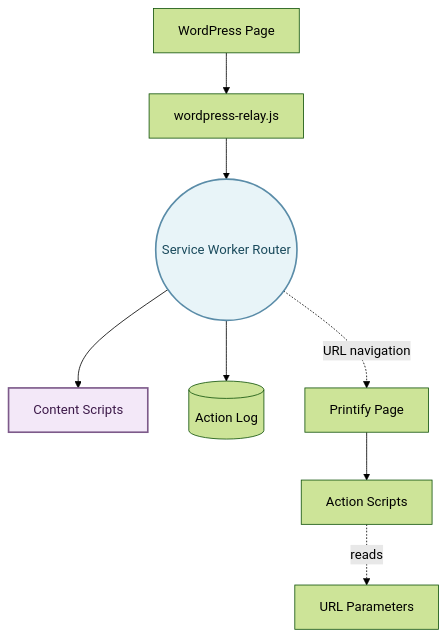
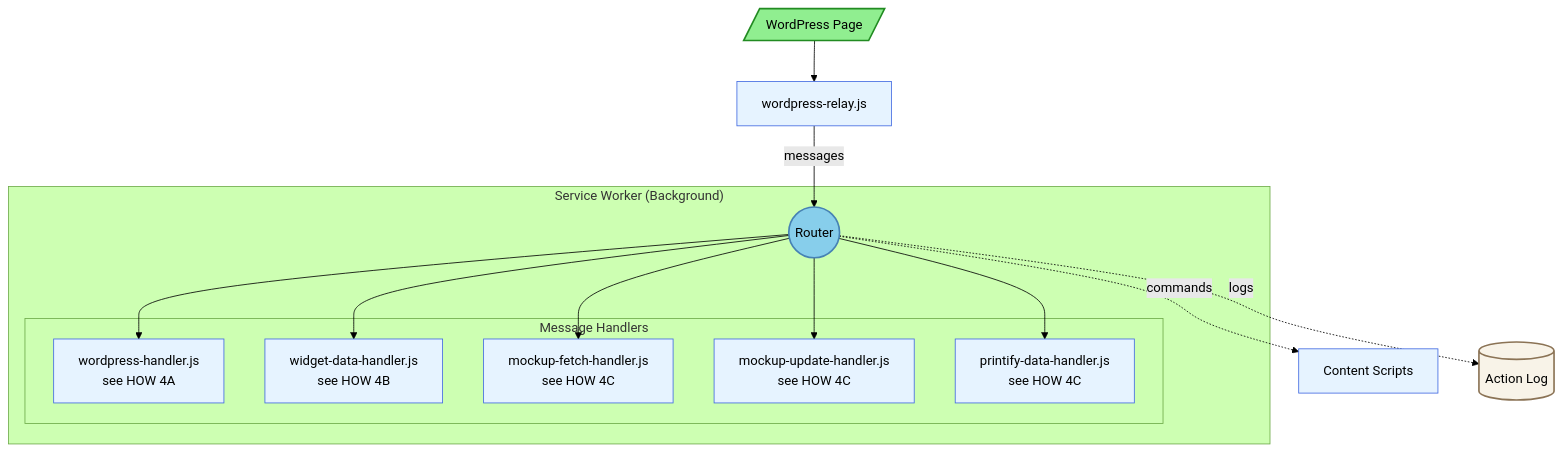
The third of 6 diagrams in guidelines/sip-printify-manager-extension-guidelines-v2.md (tdemelle-SiP/.claude), drawn with Mermaid (forest theme) before and after one commit. The commit also changed other lines of this file and 1 other file, not shown here.

````diff
--- a/guidelines/sip-printify-manager-extension-guidelines-v2.md
+++ b/guidelines/sip-printify-manager-extension-guidelines-v2.md
@@ -470,19 +297,38 @@
 ```mermaid
 graph TD
-  WPPage["WordPress Page"] --> WPRelay[wordpress-relay.js]
-  WPRelay --> Router((Service Worker Router))
+  subgraph "Service Worker (Background)"
+    Router((Router))
+    
+    subgraph "Message Handlers"
+      WH[wordpress-handler.js<br/>see HOW 4A]
+      WDH[widget-data-handler.js<br/>see HOW 4B]
+      MFH[mockup-fetch-handler.js<br/>see HOW 4C]
+      MUH[mockup-update-handler.js<br/>see HOW 4C]
+      PDH[printify-data-handler.js<br/>see HOW 4C]
+    end
+    
+    Router --> WH
+    Router --> WDH
+    Router --> MFH
+    Router --> MUH
+    Router --> PDH
+  end
   
-  Router --> CS[Content Scripts]
-  Router --> Logger[(Action Log)]
-  Router -. URL navigation .-> PrintifyPage[Printify Page]
+  WPPage[/"WordPress Page"/] --> WPRelay[wordpress-relay.js]
+  WPRelay -->|messages| Router
   
-  PrintifyPage --> Actions[Action Scripts]
-  Actions -. reads .-> URLParams[URL Parameters]
+  Router -. commands .-> CS[Content Scripts]
+  Router -. logs .-> Logger[(Action Log)]
   
-  %% Apply styles to match main architecture
-  classDef routerStyle fill:#e8f4f8,stroke:#5a8ca8,stroke-width:2px,color:#1a4a5c
-  classDef contentStyle fill:#f3e8f8,stroke:#7d5a8a,stroke-width:2px,color:#3d1a4a
+  %% Style definitions
+  classDef userFacingStyle fill:#90EE90,stroke:#228B22,stroke-width:2px
+  classDef routerStyle fill:#87CEEB,stroke:#4682B4,stroke-width:2px
+  classDef scriptStyle fill:#E6F3FF,stroke:#4169E1,stroke-width:1px
+  classDef storageStyle fill:#F8F3E8,stroke:#8B7355,stroke-width:2px
   
+  %% Apply styles
+  class WPPage userFacingStyle
   class Router routerStyle
-  class CS contentStyle
+  class WH,WDH,MFH,MUH,PDH,WPRelay,CS scriptStyle
+  class Logger storageStyle
 ```
````
